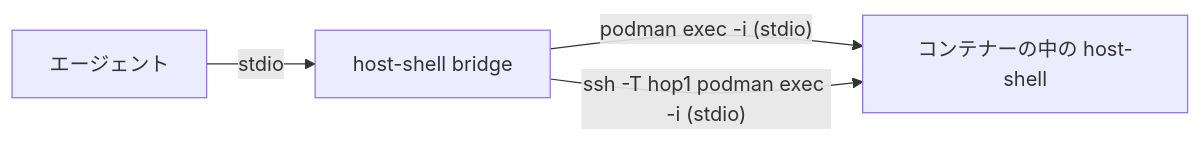
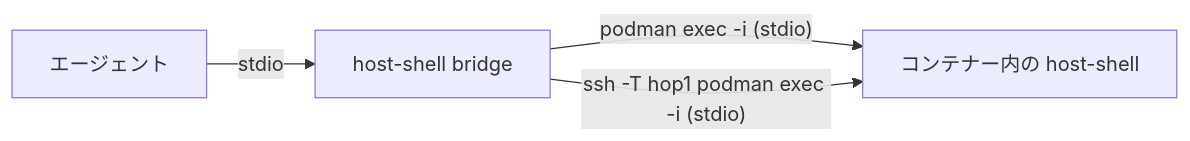
One commit to Hondarer/host-shell-mcp changed the diagram in docs/ja/container.md. Above: the diagram before and after it, drawn with Mermaid. The commit also changed other lines of this file and 20 other files, not shown here.

````diff
--- a/docs/ja/container.md
+++ b/docs/ja/container.md
@@ -8,6 +8,6 @@
 ```mermaid
 flowchart LR
     A[エージェント] -->|stdio| B[host-shell bridge]
-    B -->|"podman exec -i (stdio)"| C[コンテナーの中の host-shell]
+    B -->|"podman exec -i (stdio)"| C[コンテナー内の host-shell]
     B -->|"ssh -T hop1 podman exec -i (stdio)"| C
 ```
````
